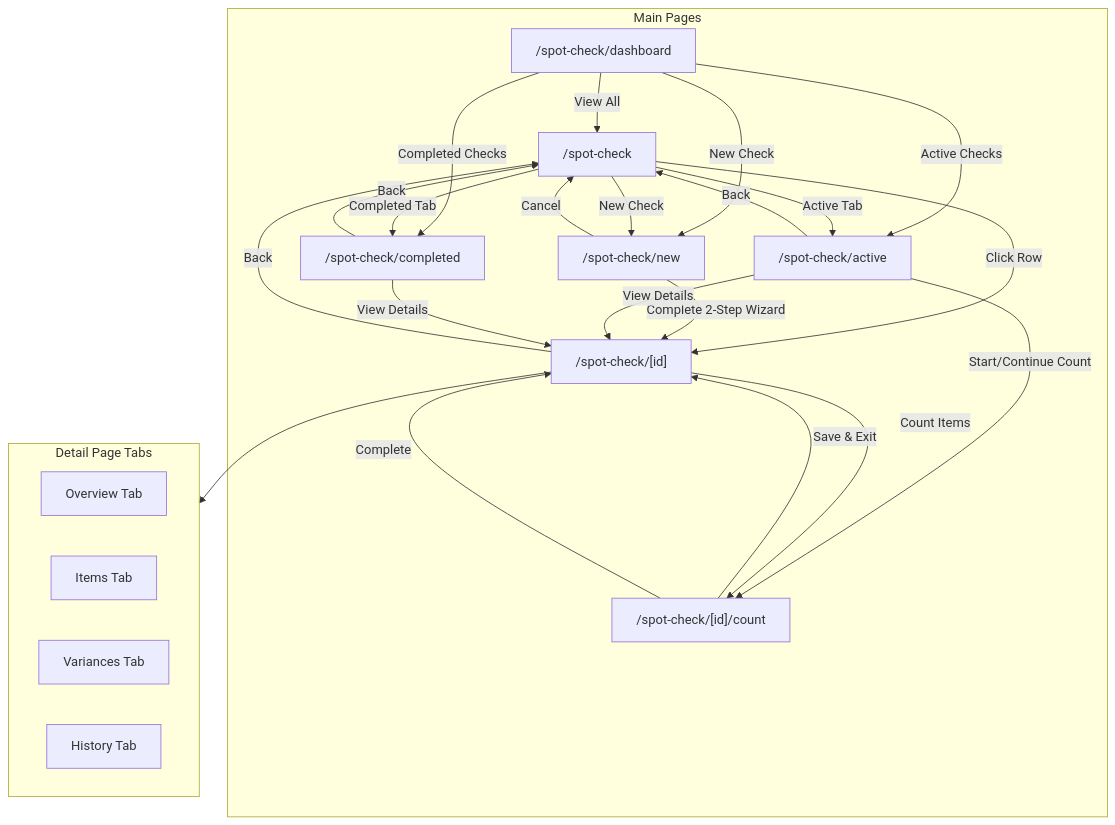
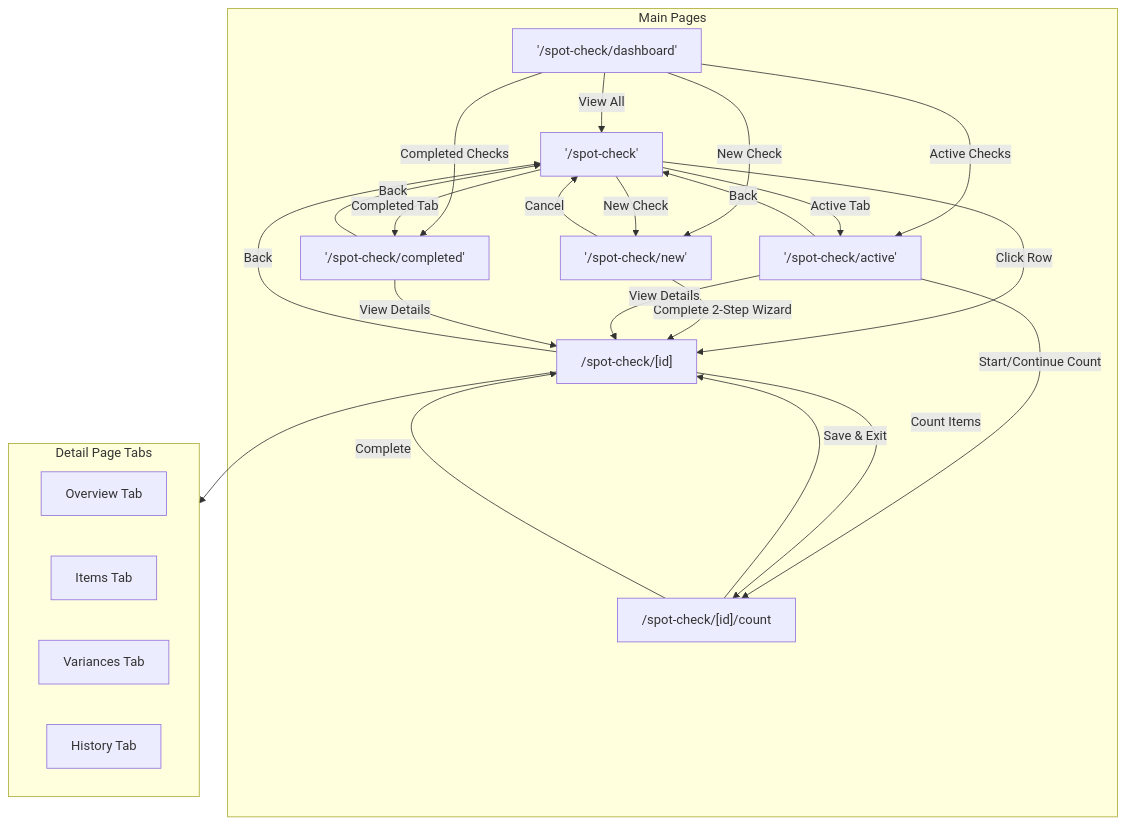
Before and after one commit to PeakMNA/carmen: the seventh of 13 diagrams in docs/app/inventory-management/spot-check/FD-spot-check.md, drawn with Mermaid. The commit also changed other lines of this file and 458 other files, not shown here.

````diff
--- a/docs/app/inventory-management/spot-check/FD-spot-check.md
+++ b/docs/app/inventory-management/spot-check/FD-spot-check.md
@@ -302,47 +303,47 @@
 ```mermaid
 flowchart TD
     subgraph Main [Main Pages]
-        Dashboard["/spot-check/dashboard"]
-        List["/spot-check"]
-        New["/spot-check/new"]
-        Active["/spot-check/active"]
-        Completed["/spot-check/completed"]
+        Dashboard['/spot-check/dashboard']
+        List['/spot-check']
+        New['/spot-check/new']
+        Active['/spot-check/active']
+        Completed['/spot-check/completed']
         Detail["/spot-check/[id]"]
         Count["/spot-check/[id]/count"]
     end
 
     Dashboard -->|View All| List
     Dashboard -->|New Check| New
     Dashboard -->|Active Checks| Active
     Dashboard -->|Completed Checks| Completed
 
     List -->|New Check| New
     List -->|Click Row| Detail
     List -->|Active Tab| Active
     List -->|Completed Tab| Completed
 
     New -->|Complete 2-Step Wizard| Detail
     New -->|Cancel| List
 
     Active -->|Start/Continue Count| Count
     Active -->|View Details| Detail
     Active -->|Back| List
 
     Completed -->|View Details| Detail
     Completed -->|Back| List
 
     Detail -->|Count Items| Count
     Detail -->|Back| List
 
     Count -->|Save & Exit| Detail
     Count -->|Complete| Detail
 
     subgraph DetailTabs [Detail Page Tabs]
         Overview[Overview Tab]
         Items[Items Tab]
         Variances[Variances Tab]
         History[History Tab]
     end
 
     Detail --> DetailTabs
 ```
````
